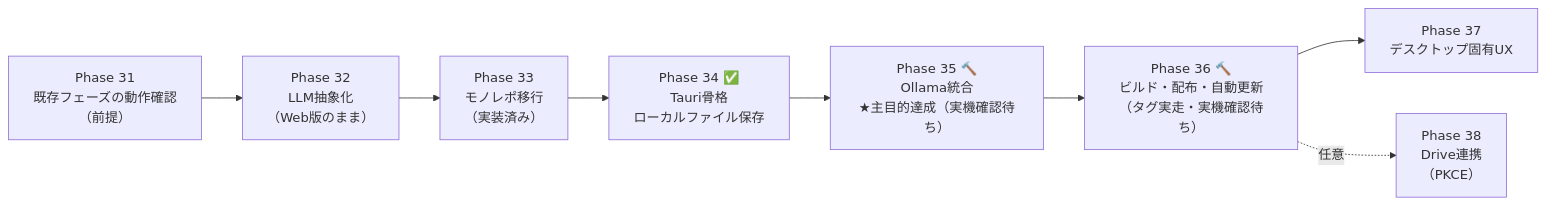
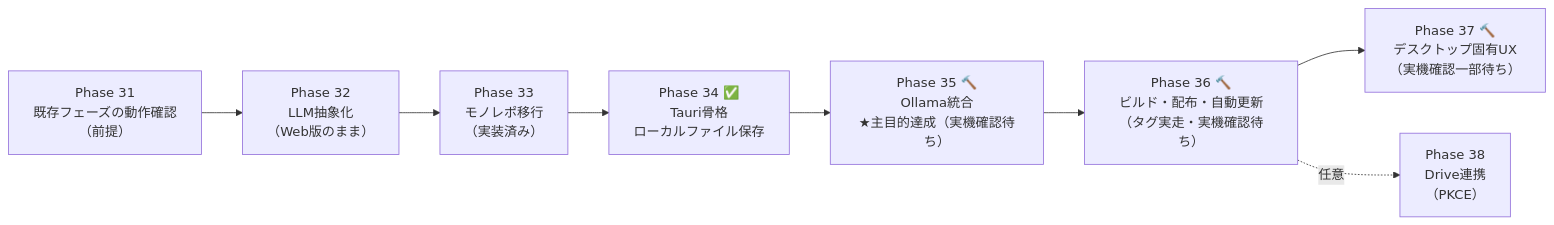
One commit to mayamaura/ai-idea-map changed the diagram in docs/desktop/README.md. Above: the diagram before and after it, drawn with Mermaid. The commit also changed other lines of this file and 14 other files, not shown here.

````diff
--- a/docs/desktop/README.md
+++ b/docs/desktop/README.md
@@ -171,10 +185,10 @@
 ```mermaid
 graph LR
     P31["Phase 31<br/>既存フェーズの動作確認<br/>（前提）"] --> P32["Phase 32<br/>LLM抽象化<br/>（Web版のまま）"]
     P32 --> P33["Phase 33<br/>モノレポ移行<br/>（実装済み）"]
     P33 --> P34["Phase 34 ✅<br/>Tauri骨格<br/>ローカルファイル保存"]
     P34 --> P35["Phase 35 🔨<br/>Ollama統合<br/>★主目的達成（実機確認待ち）"]
     P35 --> P36["Phase 36 🔨<br/>ビルド・配布・自動更新<br/>（タグ実走・実機確認待ち）"]
-    P36 --> P37["Phase 37<br/>デスクトップ固有UX"]
+    P36 --> P37["Phase 37 🔨<br/>デスクトップ固有UX<br/>（実機確認一部待ち）"]
     P36 -.任意.-> P38["Phase 38<br/>Drive連携<br/>（PKCE）"]
 ```
````
